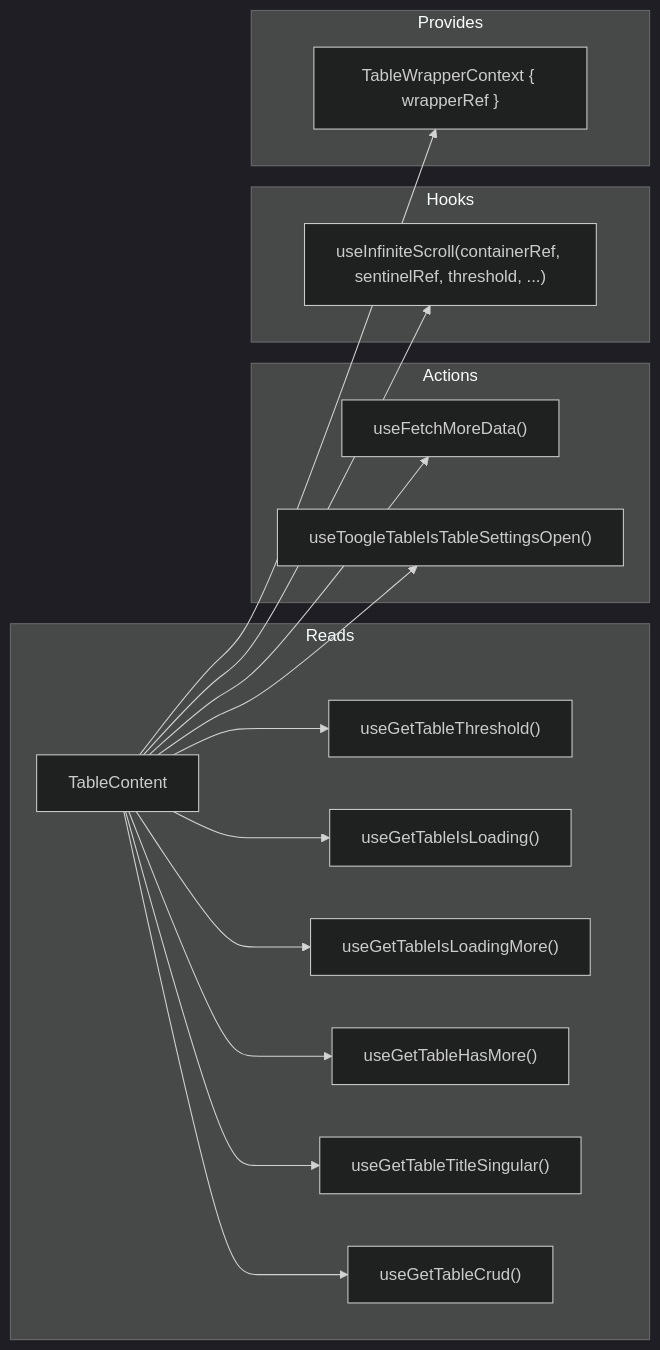
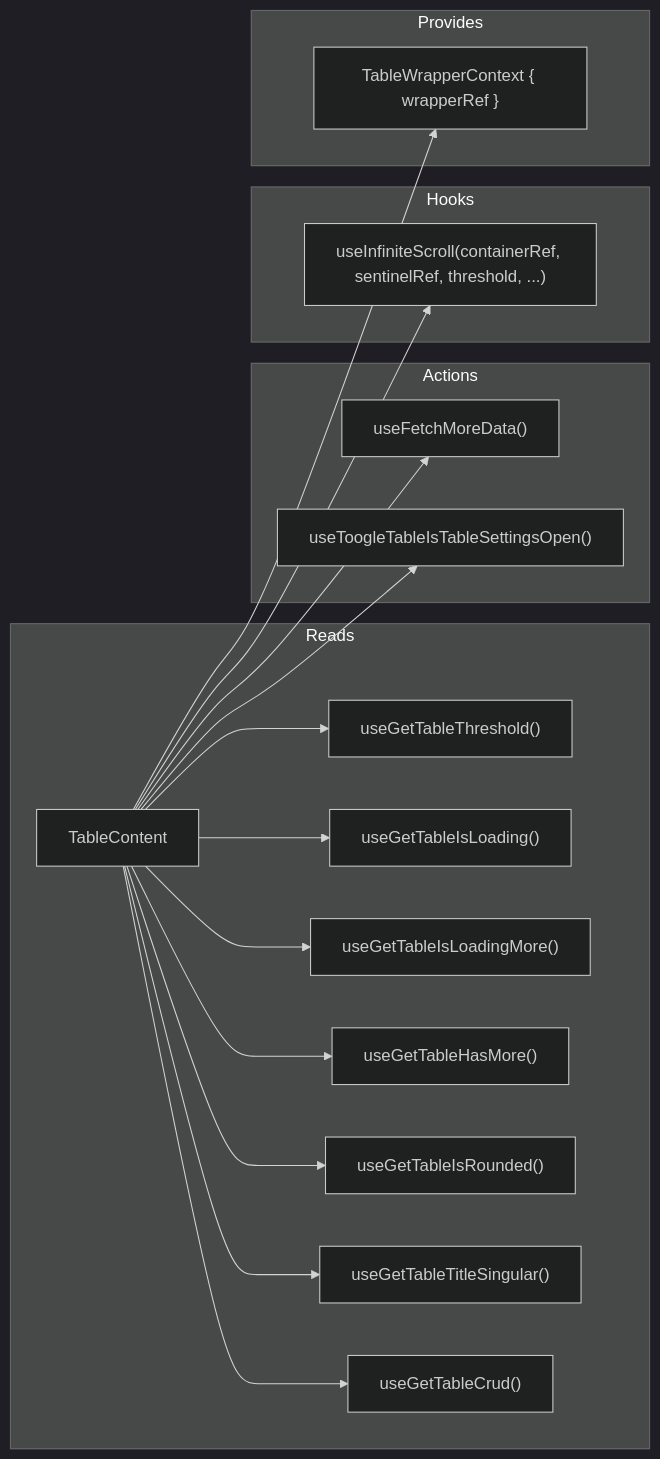
One commit to luciocabrera/lcabrera-stack changed the second of 2 diagrams in packages/ui/src/components/Table/TableContent/ARCHITECTURE.md. Above: the diagram before and after it, drawn with Mermaid (dark theme). The commit also changed other lines of this file and 13 other files, not shown here.

First line of the commit message:
feat(ui)!: make the table's rounded corners opt-in (#445)

````diff
--- a/packages/ui/src/components/Table/TableContent/ARCHITECTURE.md
+++ b/packages/ui/src/components/Table/TableContent/ARCHITECTURE.md
@@ -50,24 +50,25 @@
 ```mermaid
 graph LR
   subgraph "Reads"
     TC["TableContent"] --> threshold["useGetTableThreshold()"]
     TC --> isLoading["useGetTableIsLoading()"]
     TC --> isLoadingMore["useGetTableIsLoadingMore()"]
     TC --> hasMore["useGetTableHasMore()"]
+    TC --> isRounded["useGetTableIsRounded()"]
     TC --> titleSingular["useGetTableTitleSingular()"]
     TC --> crud["useGetTableCrud()"]
   end
 
   subgraph "Actions"
     TC --> fetchMore["useFetchMoreData()"]
     TC --> toggleSettings["useToogleTableIsTableSettingsOpen()"]
   end
 
   subgraph "Hooks"
     TC --> scroll["useInfiniteScroll(containerRef, sentinelRef, threshold, ...)"]
   end
 
   subgraph "Provides"
     TC --> wrapperCtx["TableWrapperContext { wrapperRef }"]
   end
 ```
````
